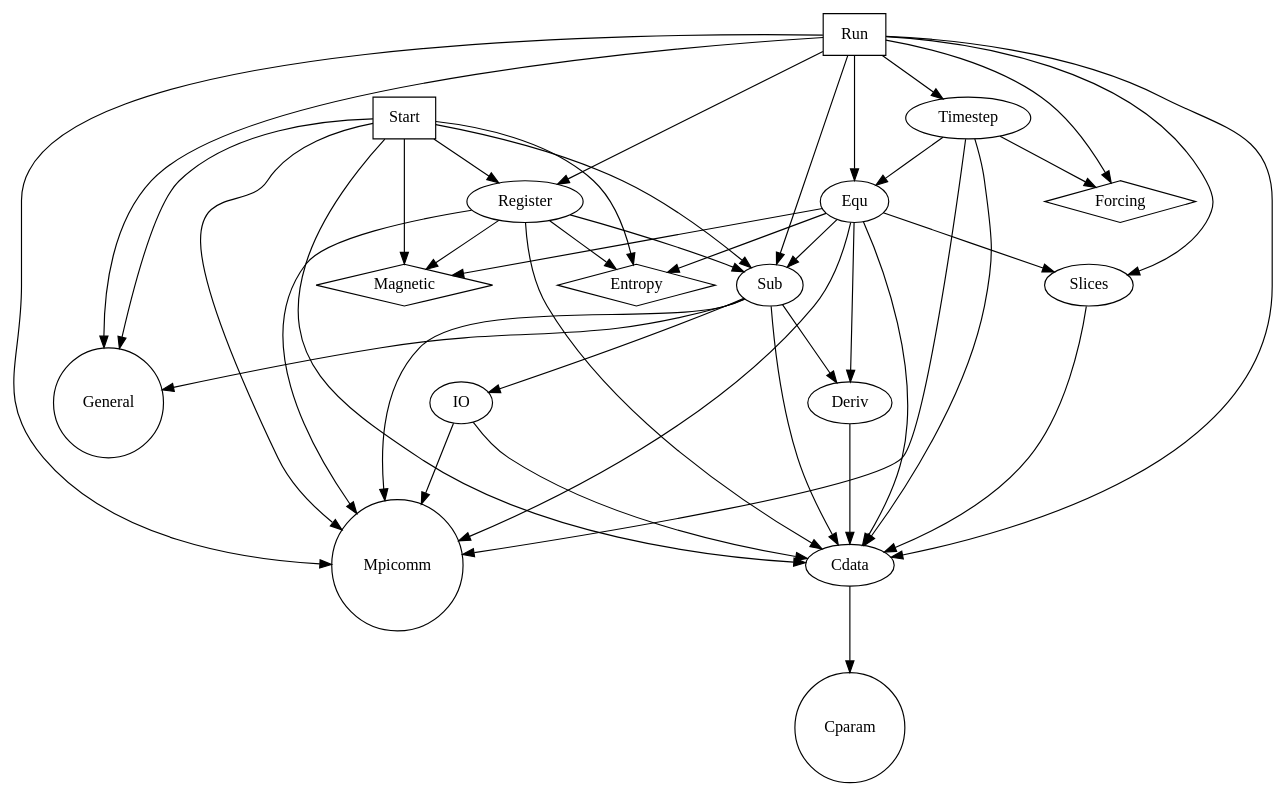
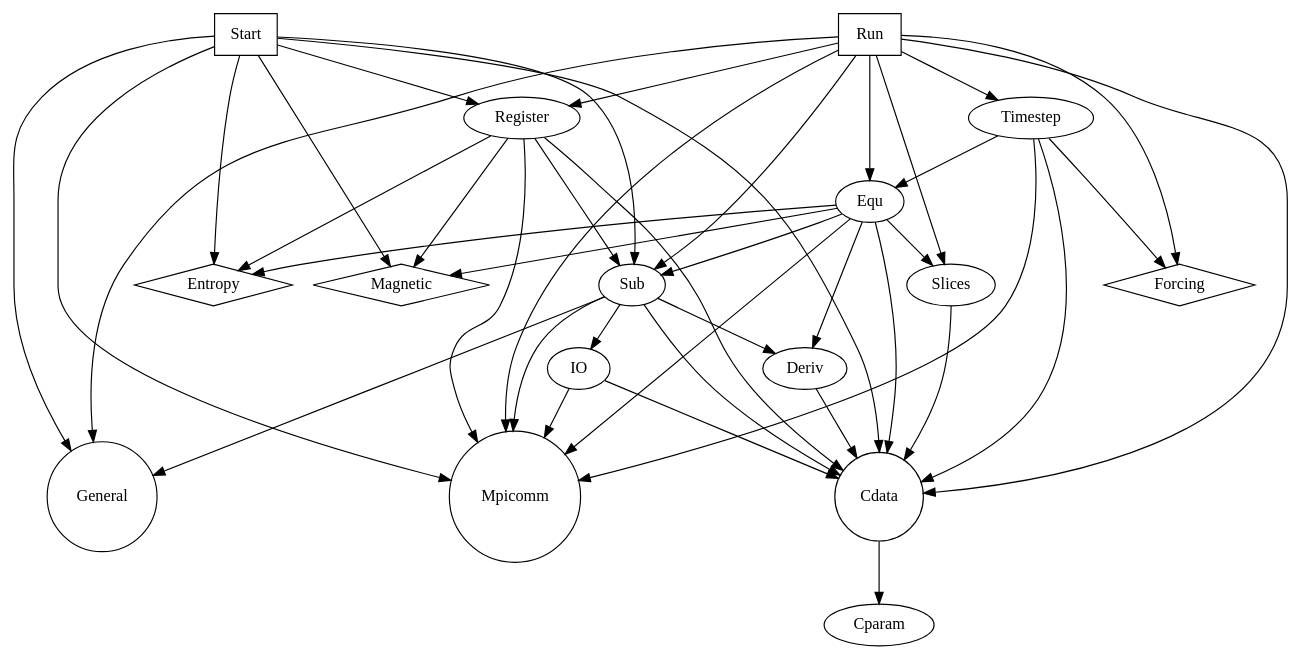
The diagram in dependencies.dot (pencil-code/pencil-code), drawn with Graphviz before and after one commit.

Commit message:
Some changes

```diff
--- a/dependencies.dot
+++ b/dependencies.dot
@@ -1,74 +1,100 @@
 /* Mutual dependencies for the pencil_modular code.
    Run this through
      dot -Tps dependencies.dot -o deps.ps
    to obtain a PostScript graph. dot is part of AT&T's `graphviz'
    package.
  */
 digraph G {
 
-  /* Mark the two executables */
-  Start [shape=box];
-  Run [shape=box];
+  /* The two executables */
+  node [shape=box];
+  { rank=same; Start; Run }
+
+  /* */
+  node [shape=ellipse];
+  { rank=same; Register; Timestep }
+
+  Equ;
+
+  { rank=same; Sub; Slices }
 
   /* The physics modules */
-   Forcing [shape=diamond];
-   Entropy [shape=diamond];
-   Magnetic [shape=diamond];
+  node [shape=diamond];
+  { rank=same; Forcing; Entropy; Magnetic }
+
+  /* */
+  node [shape=ellipse];
+  { rank=same; Deriv; IO }
 
   /* These do not depend on anybody else */
-  General [shape=circle];
-  Mpicomm [shape=circle];
-  Cparam [shape=circle];
+  node [shape=circle];
+  { rank=same; General; Mpicomm; Cdata }
+
+
+
+  node [shape=ellipse];
+  Cparam;
+
+/*    Start [shape=box]; */
+/*    Run [shape=box]; */
+
+    /* The physics modules */
+/*     Forcing [shape=diamond]; */
+/*     Entropy [shape=diamond]; */
+/*     Magnetic [shape=diamond]; */
+
 
   Start -> Cdata;
   Start -> General;
   Start -> Sub
   Start -> Mpicomm;
   Start -> Register;
   Start -> Entropy;
   Start -> Magnetic;
 
   Run -> Cdata;
   Run -> Sub;
   Run -> Equ;
   Run -> Forcing;
   Run -> General;
   Run -> Mpicomm;
   Run -> Register;
   Run -> Slices;
   Run -> Timestep;
 
   Cdata -> Cparam;
 
   Slices -> Cdata;
 
   Deriv -> Cdata;
 
   IO -> Mpicomm;
   IO -> Cdata;
 
   Sub -> Cdata;
   Sub -> Deriv;
   Sub -> General;
   Sub -> IO;
   Sub -> Mpicomm;
 
   Register -> Cdata;
   Register -> Sub;
   Register -> Mpicomm;
   Register -> Entropy;
   Register -> Magnetic;
+/*    Register -> Forcing; */
 
   Equ -> Cdata;
   Equ -> Slices;
   Equ -> Sub;
   Equ -> Deriv;
   Equ -> Entropy;
   Equ -> Magnetic;
+/*    Equ -> Forcing; */
   Equ -> Mpicomm;
 
   Timestep -> Cdata;
   Timestep -> Equ;
   Timestep -> Forcing;
   Timestep -> Mpicomm;
 }
```
